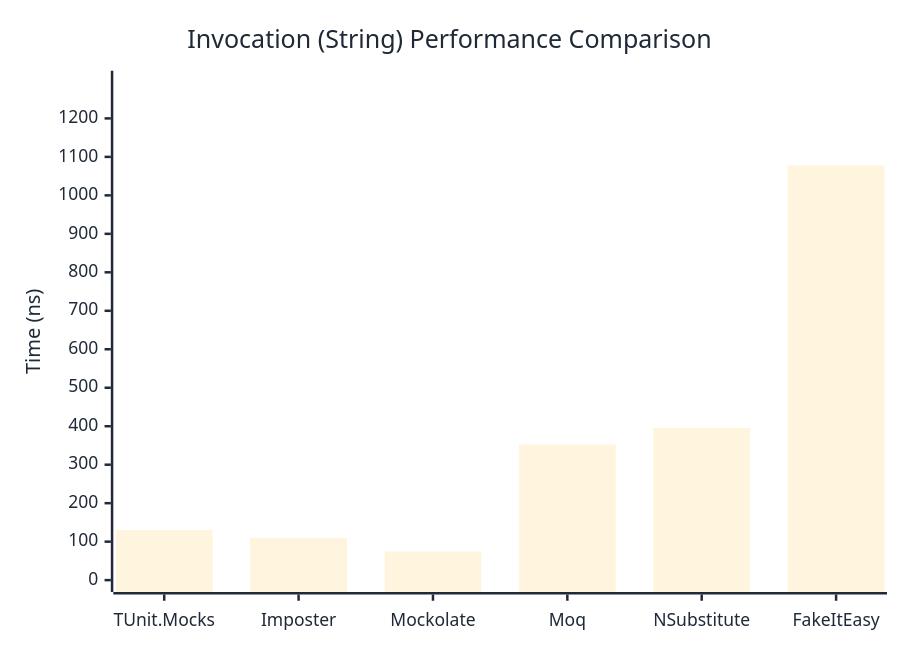
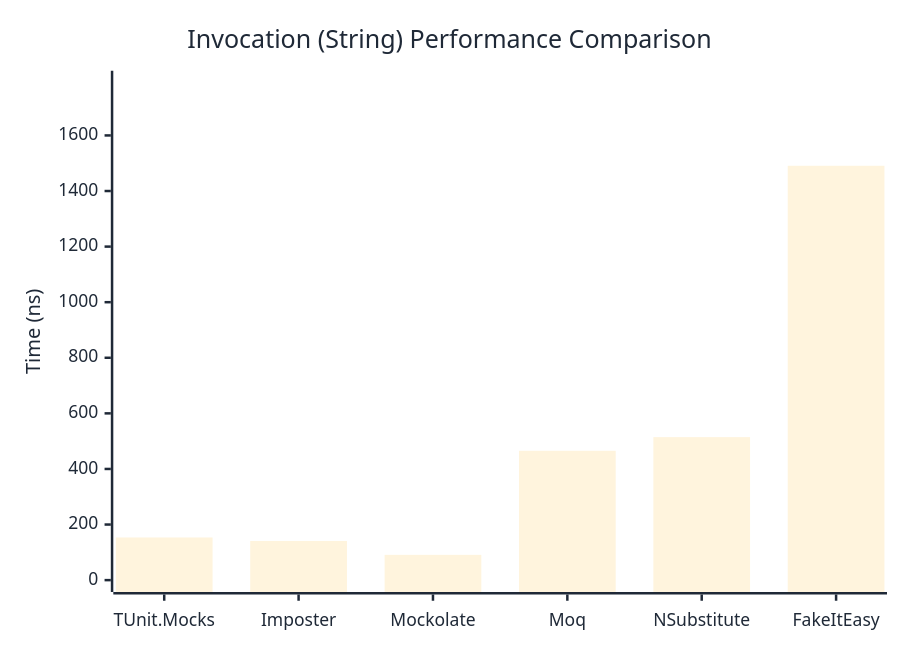
Before and after one commit to thomhurst/TUnit: the second of 3 diagrams in docs/docs/benchmarks/mocks/Invocation.md, drawn with Mermaid. The commit also changed other lines of this file and 14 other files, not shown here.

````diff
--- a/docs/docs/benchmarks/mocks/Invocation.md
+++ b/docs/docs/benchmarks/mocks/Invocation.md
@@ -71,27 +71,27 @@
 ```mermaid
 %%{init: {
   'theme':'base',
   'themeVariables': {
     'primaryColor': '#2563eb',
     'primaryTextColor': '#1f2937',
     'primaryBorderColor': '#1e40af',
     'lineColor': '#6b7280',
     'secondaryColor': '#7c3aed',
     'tertiaryColor': '#dc2626',
     'background': '#ffffff',
     'pie1': '#2563eb',
     'pie2': '#7c3aed',
     'pie3': '#dc2626',
     'pie4': '#f59e0b',
     'pie5': '#10b981',
     'pie6': '#06b6d4',
     'pie7': '#ec4899',
     'pie8': '#6366f1'
   }
 }}%%
 xychart-beta
   title "Invocation (String) Performance Comparison"
   x-axis ["TUnit.Mocks", "Imposter", "Mockolate", "Moq", "NSubstitute", "FakeItEasy"]
-  y-axis "Time (ns)" 0 --> 1293
-  bar [130.42, 109.74, 74.4, 352.69, 395.49, 1077.43]
+  y-axis "Time (ns)" 0 --> 1790
+  bar [153.48, 140.88, 90.9, 465.34, 514.45, 1490.86]
 ```
````
